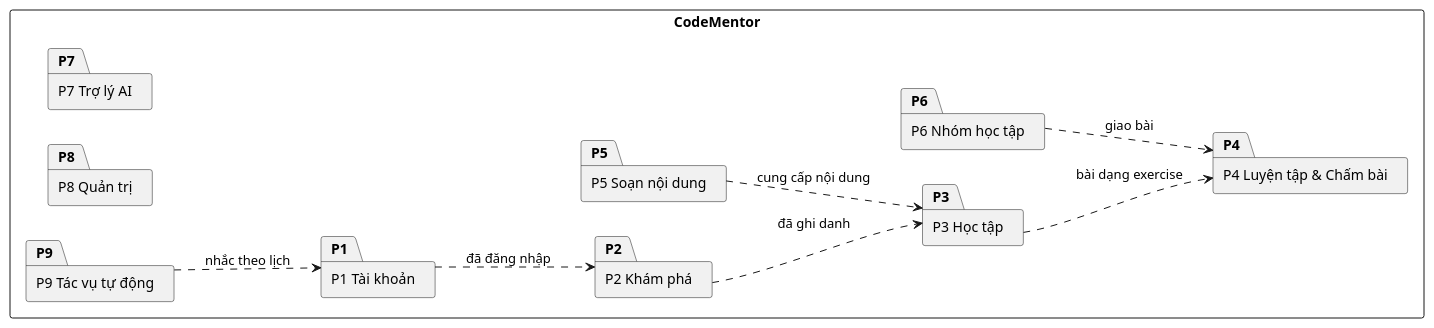
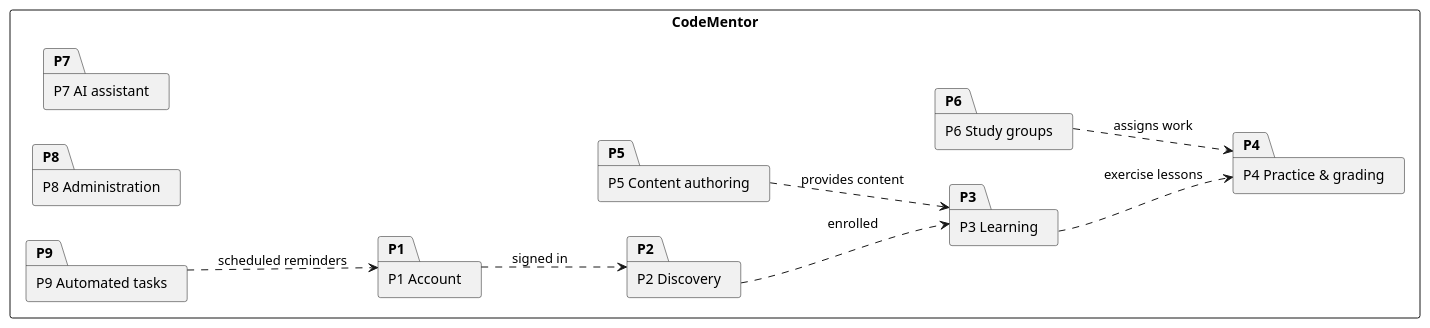
One commit to codementor-official/codementor-infra changed the first of 10 diagrams in docs/07-use-case-model.md. Above: the diagram before and after it, drawn with PlantUML. The commit also changed other lines of this file and 16 other files, not shown here.

First line of the commit message:
docs: English README, use-case docs and diagrams

````diff
--- a/docs/07-use-case-model.md
+++ b/docs/07-use-case-model.md
@@ -63,25 +65,25 @@
 ```plantuml
 @startuml package-overview
 skinparam packageStyle rectangle
 left to right direction
 
 package "CodeMentor" {
-  package "P1 Tài khoản" as P1
-  package "P2 Khám phá" as P2
-  package "P3 Học tập" as P3
-  package "P4 Luyện tập & Chấm bài" as P4
-  package "P5 Soạn nội dung" as P5
-  package "P6 Nhóm học tập" as P6
-  package "P7 Trợ lý AI" as P7
-  package "P8 Quản trị" as P8
-  package "P9 Tác vụ tự động" as P9
+  package "P1 Account" as P1
+  package "P2 Discovery" as P2
+  package "P3 Learning" as P3
+  package "P4 Practice & grading" as P4
+  package "P5 Content authoring" as P5
+  package "P6 Study groups" as P6
+  package "P7 AI assistant" as P7
+  package "P8 Administration" as P8
+  package "P9 Automated tasks" as P9
 }
 
-P1 ..> P2 : đã đăng nhập
-P2 ..> P3 : đã ghi danh
-P3 ..> P4 : bài dạng exercise
-P5 ..> P3 : cung cấp nội dung
-P6 ..> P4 : giao bài
-P9 ..> P1 : nhắc theo lịch
+P1 ..> P2 : signed in
+P2 ..> P3 : enrolled
+P3 ..> P4 : exercise lessons
+P5 ..> P3 : provides content
+P6 ..> P4 : assigns work
+P9 ..> P1 : scheduled reminders
 @enduml
 ```
````
